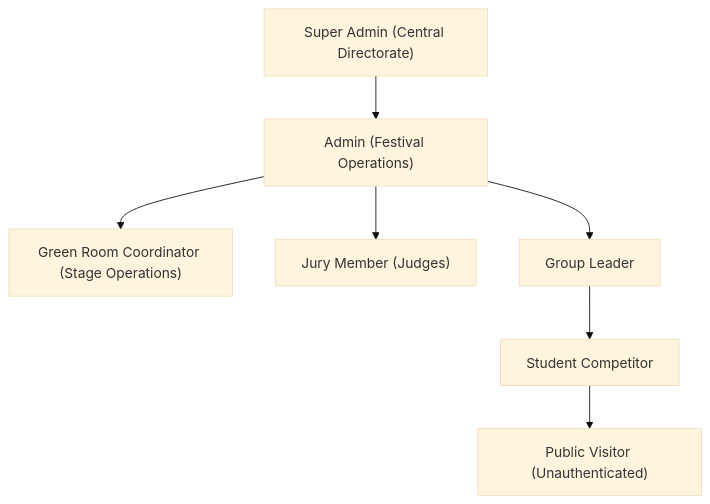
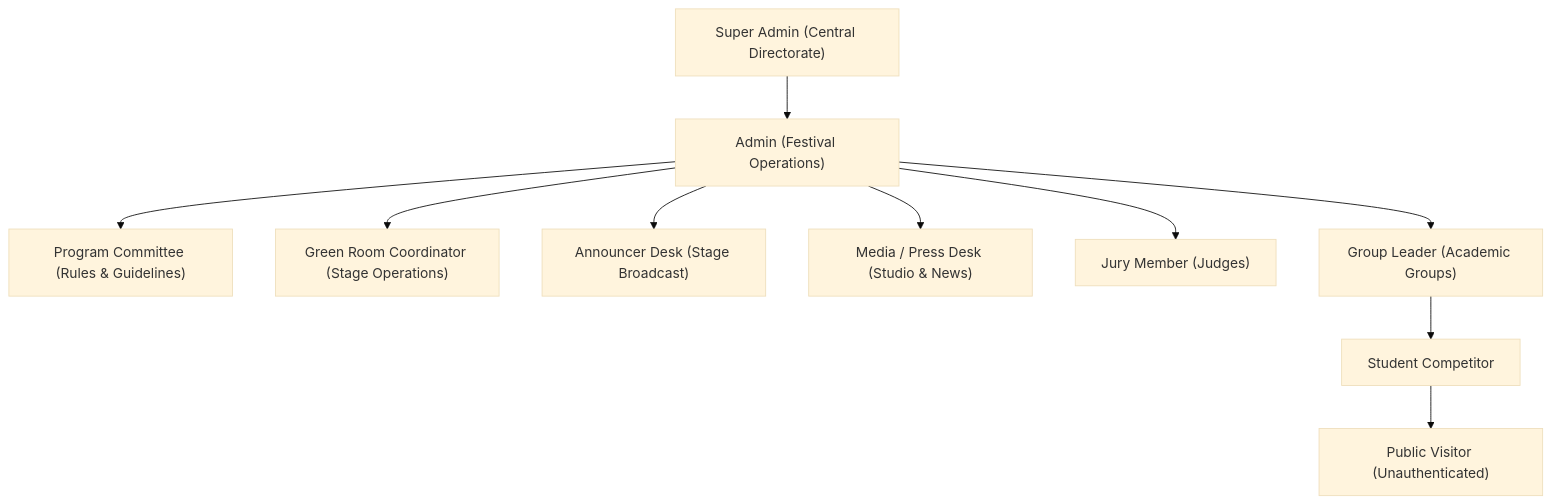
One commit to ihyaussunna/Quaf changed the diagram in USER_ROLES.md. Above: the diagram before and after it, drawn with Mermaid (base theme). The commit also changed other lines of this file and 12 other files, not shown here.

````diff
--- a/USER_ROLES.md
+++ b/USER_ROLES.md
@@ -8,15 +8,18 @@
 ```mermaid
 graph TD
     SuperAdmin["Super Admin (Central Directorate)"]
     Admin["Admin (Festival Operations)"]
+    ProgramCommittee["Program Committee (Rules & Guidelines)"]
     GreenRoom["Green Room Coordinator (Stage Operations)"]
+    Announcer["Announcer Desk (Stage Broadcast)"]
+    Media["Media / Press Desk (Studio & News)"]
     Judge["Jury Member (Judges)"]
-    Leader["Group Leader"]
+    Leader["Group Leader (Academic Groups)"]
     Student["Student Competitor"]
     Public["Public Visitor (Unauthenticated)"]
 
     SuperAdmin --> Admin
-    Admin --> GreenRoom & Judge & Leader
+    Admin --> ProgramCommittee & GreenRoom & Announcer & Media & Judge & Leader
     Leader --> Student
     Student --> Public
 ```
````
